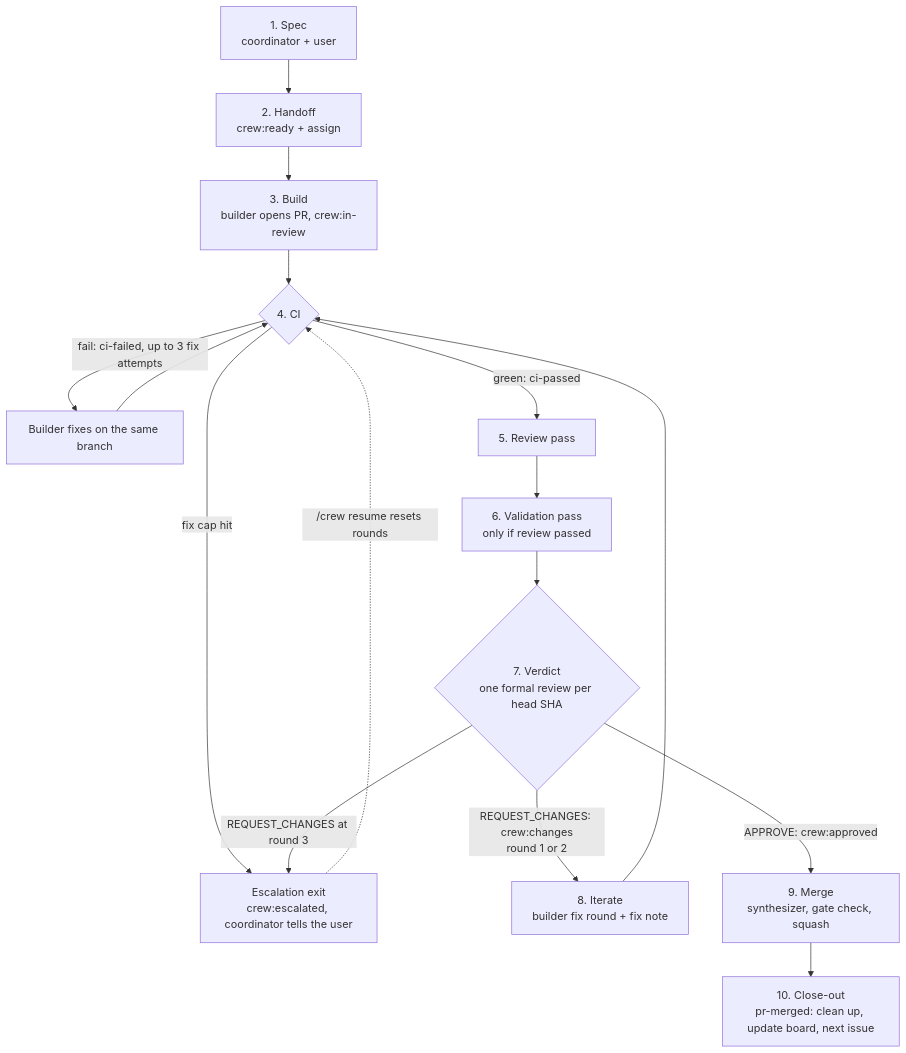
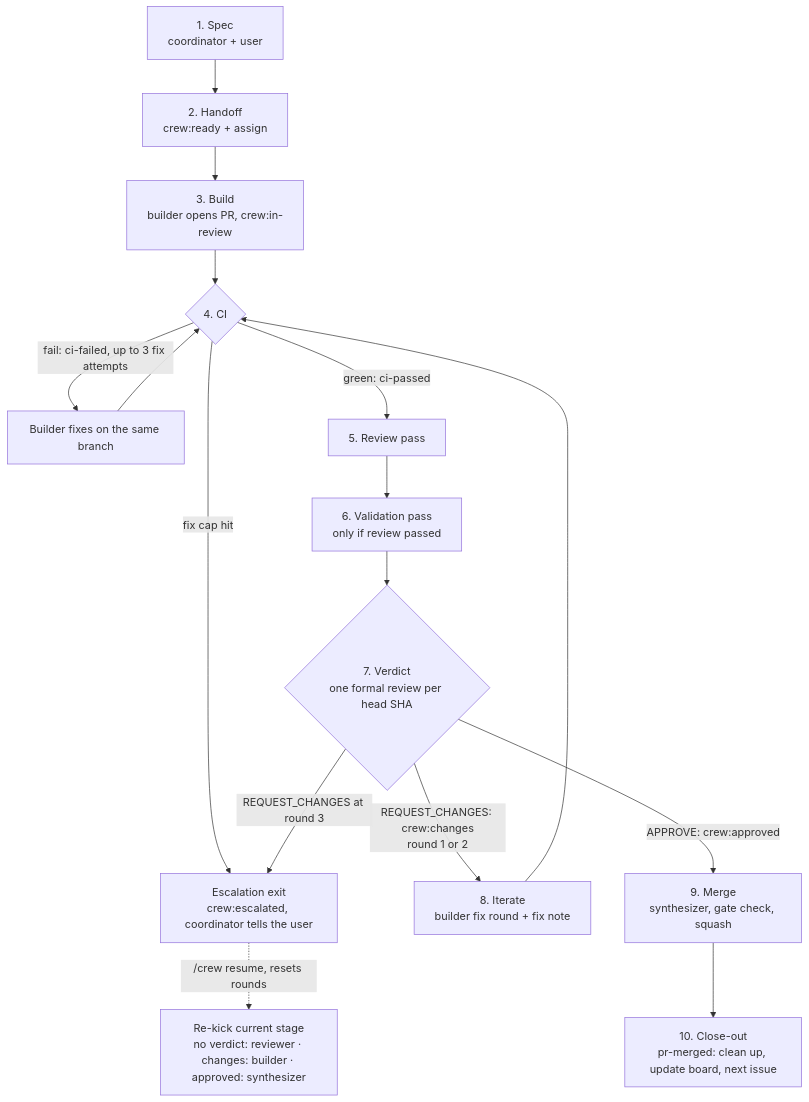
The diagram in docs/architecture.md (mw-ding/eng-crew), drawn with Mermaid before and after one commit. The commit also changed other lines of this file, not shown here.

Commit message:
docs: resume re-kicks the current stage (#8 review round 1)
Refs #1

Engine: Claude Code / sonnet (medium)

````diff
--- a/docs/architecture.md
+++ b/docs/architecture.md
@@ -50,18 +50,18 @@
 ```mermaid
 flowchart TD
   spec["1. Spec<br/>coordinator + user"] --> handoff["2. Handoff<br/>crew:ready + assign"]
   handoff --> build["3. Build<br/>builder opens PR, crew:in-review"]
   build --> ci{"4. CI"}
   ci -- "fail: ci-failed, up to 3 fix attempts" --> cifix["Builder fixes on the same branch"]
   cifix --> ci
   ci -- "fix cap hit" --> escalate
   ci -- "green: ci-passed" --> review["5. Review pass"]
   review --> validation["6. Validation pass<br/>only if review passed"]
   validation --> verdict{"7. Verdict<br/>one formal review per head SHA"}
   verdict -- "REQUEST_CHANGES: crew:changes<br/>round 1 or 2" --> iterate["8. Iterate<br/>builder fix round + fix note"]
   iterate --> ci
   verdict -- "REQUEST_CHANGES at round 3" --> escalate["Escalation exit<br/>crew:escalated, coordinator tells the user"]
   verdict -- "APPROVE: crew:approved" --> merge["9. Merge<br/>synthesizer, gate check, squash"]
   merge --> closeout["10. Close-out<br/>pr-merged: clean up, update board, next issue"]
-  escalate -. "/crew resume resets rounds" .-> ci
+  escalate -. "/crew resume, resets rounds" .-> rekick["Re-kick current stage<br/>no verdict: reviewer · changes: builder · approved: synthesizer"]
 ```
````
